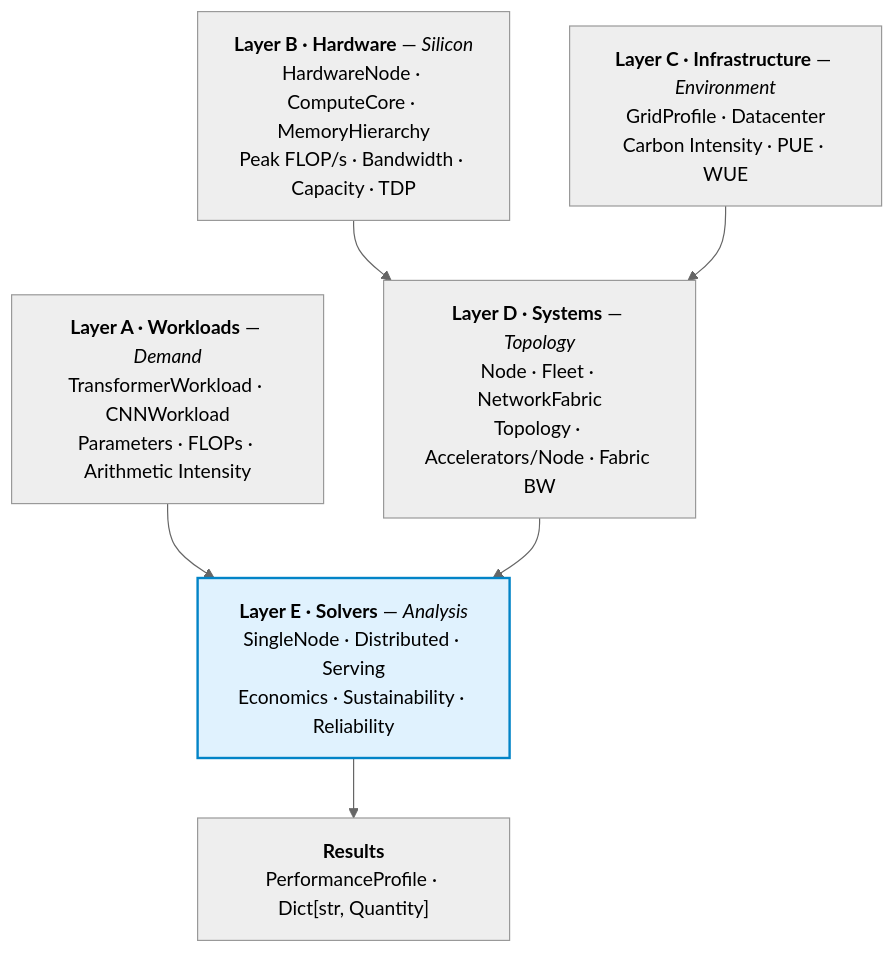
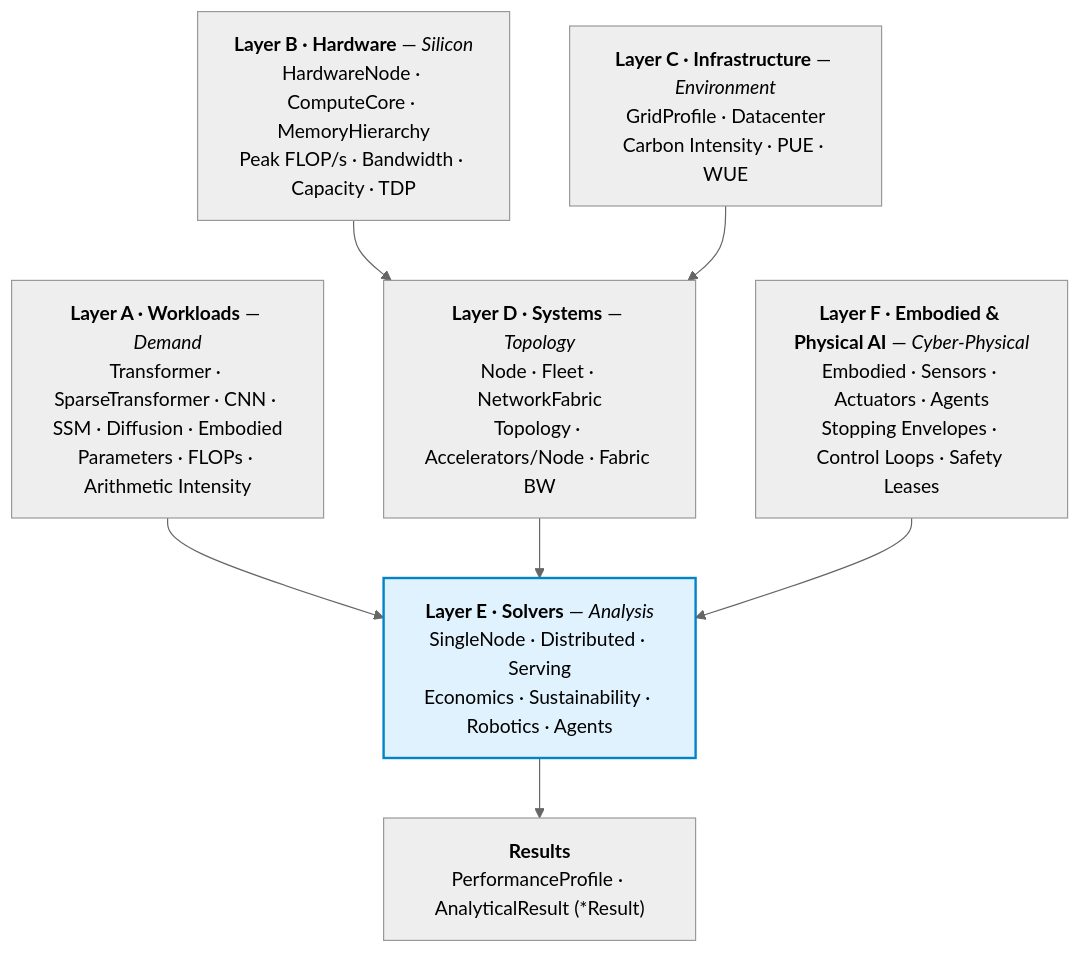
One commit to harvard-edge/cs249r_book changed the diagram in mlsysim/docs/architecture.qmd. Above: the diagram before and after it, drawn with Mermaid. The commit also changed other lines of this file and 17 other files, not shown here.

````diff
--- a/mlsysim/docs/architecture.qmd
+++ b/mlsysim/docs/architecture.qmd
@@ -25,20 +25,22 @@
 ```{mermaid}
 %%{init: {'theme': 'neutral'}}%%
-%%| fig-cap: "The MLSys·im 5-Layer Stack. Workloads (demand) are lowered onto Hardware (supply) through Infrastructure and Systems layers. Solvers bridge demand and supply to produce analytical profiles."
+%%| fig-cap: "The MLSys·im 6-Layer Stack. Workloads (demand) are lowered onto Hardware, Infrastructure, Systems, and Embodied platforms (supply). Solvers bridge demand and supply to produce typed analytical profiles."
 %%| fig-width: 100%
 flowchart TB
-    A["<b>Layer A · Workloads</b> — <i>Demand</i><br/>TransformerWorkload · CNNWorkload<br/>Parameters · FLOPs · Arithmetic Intensity"]
+    A["<b>Layer A · Workloads</b> — <i>Demand</i><br/>Transformer · SparseTransformer · CNN · SSM · Diffusion · Embodied<br/>Parameters · FLOPs · Arithmetic Intensity"]
     B["<b>Layer B · Hardware</b> — <i>Silicon</i><br/>HardwareNode · ComputeCore · MemoryHierarchy<br/>Peak FLOP/s · Bandwidth · Capacity · TDP"]
     C["<b>Layer C · Infrastructure</b> — <i>Environment</i><br/>GridProfile · Datacenter<br/>Carbon Intensity · PUE · WUE"]
     D["<b>Layer D · Systems</b> — <i>Topology</i><br/>Node · Fleet · NetworkFabric<br/>Topology · Accelerators/Node · Fabric BW"]
-    E["<b>Layer E · Solvers</b> — <i>Analysis</i><br/>SingleNode · Distributed · Serving<br/>Economics · Sustainability · Reliability"]
-    F["<b>Results</b><br/>PerformanceProfile · Dict[str, Quantity]"]
+    F_emb["<b>Layer F · Embodied &amp; Physical AI</b> — <i>Cyber-Physical</i><br/>Embodied · Sensors · Actuators · Agents<br/>Stopping Envelopes · Control Loops · Safety Leases"]
+    E["<b>Layer E · Solvers</b> — <i>Analysis</i><br/>SingleNode · Distributed · Serving<br/>Economics · Sustainability · Robotics · Agents"]
+    R["<b>Results</b><br/>PerformanceProfile · AnalyticalResult (*Result)"]
 
     A --> E
     B --> D
     C --> D
     D --> E
-    E --> F
+    F_emb --> E
+    E --> R
 
     style E fill:#e0f2fe,stroke:#0284c7,stroke-width:2px
 ```
````
